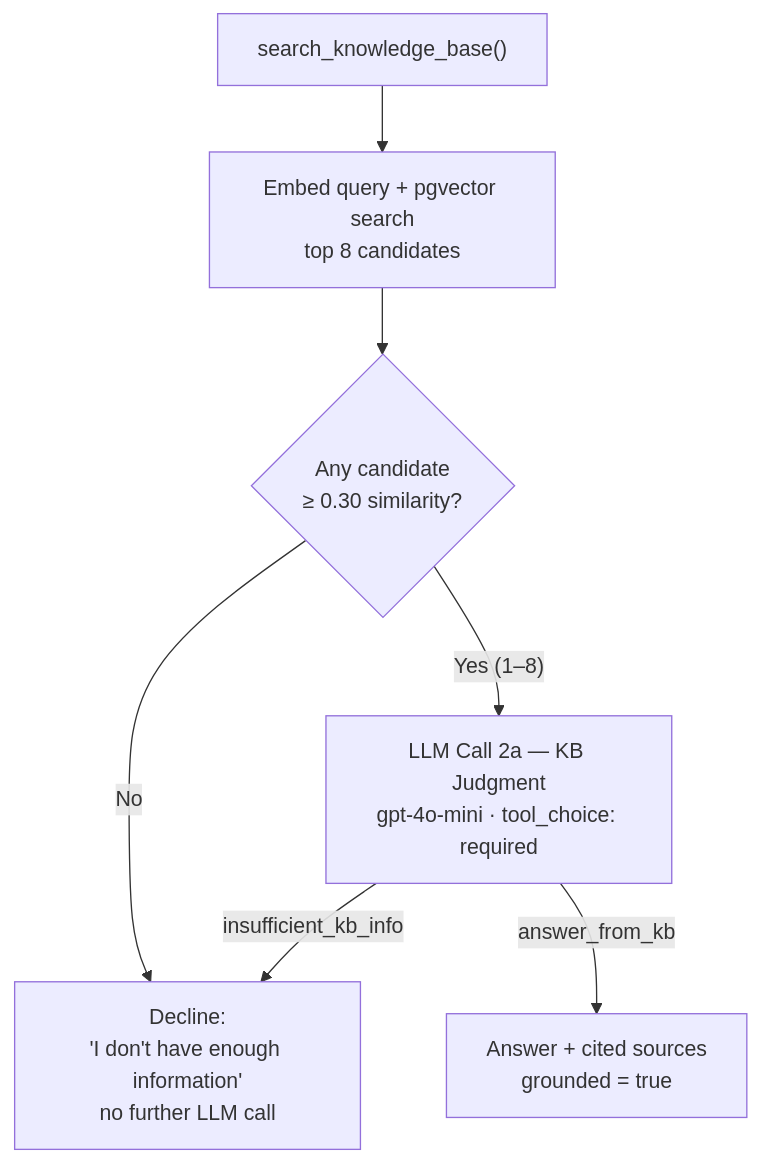
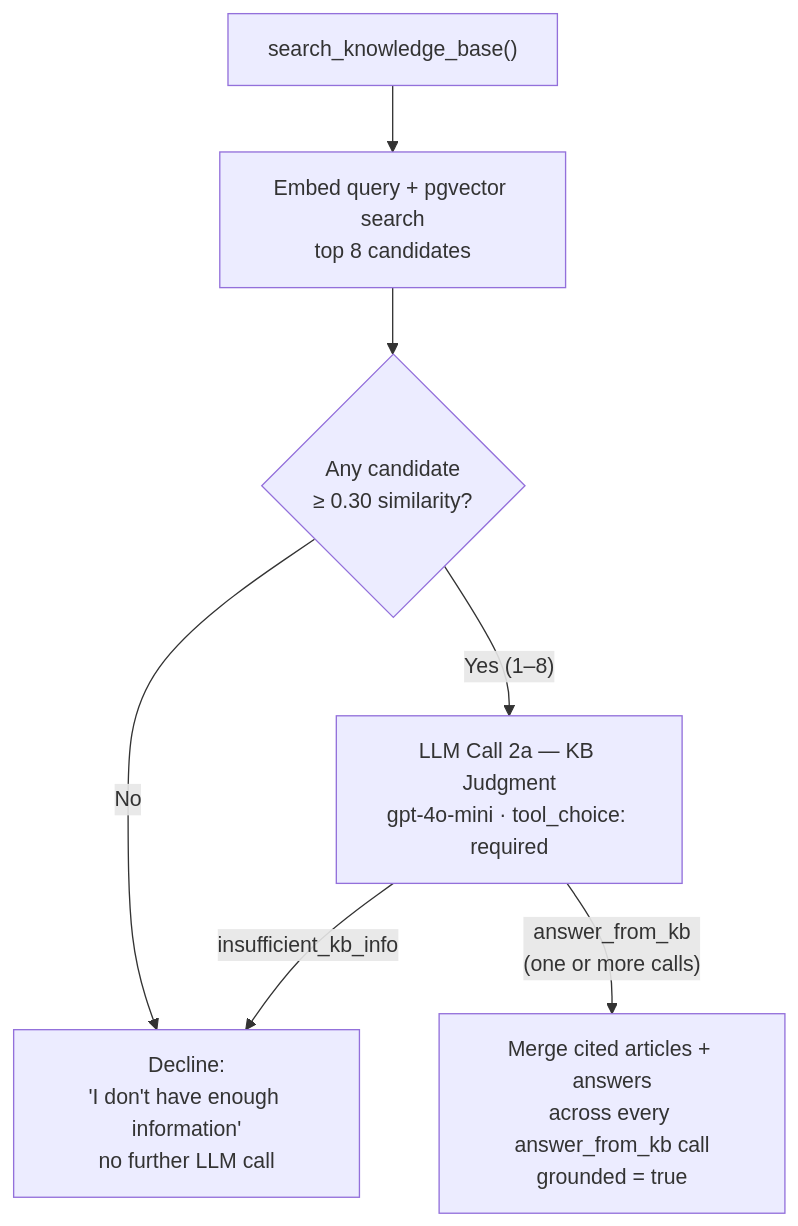
One commit to esakkiraja100116/ai-support-assistant changed the second of 4 diagrams in docs/chat-tool-calling-flow.md. Above: the diagram before and after it, drawn with Mermaid. The commit also changed other lines of this file and 27 other files, not shown here.

````diff
--- a/docs/chat-tool-calling-flow.md
+++ b/docs/chat-tool-calling-flow.md
@@ -36,9 +43,9 @@
 ```mermaid
 flowchart TD
     A["search_knowledge_base()"] --> B["Embed query + pgvector search<br/>top 8 candidates"]
     B --> C{"Any candidate<br/>≥ 0.30 similarity?"}
     C -->|No| D["Decline:<br/>'I don't have enough information'<br/>no further LLM call"]
     C -->|"Yes (1–8)"| E["LLM Call 2a — KB Judgment<br/>gpt-4o-mini · tool_choice: required"]
-    E -->|answer_from_kb| F["Answer + cited sources<br/>grounded = true"]
+    E -->|"answer_from_kb<br/>(one or more calls)"| F["Merge cited articles + answers<br/>across every answer_from_kb call<br/>grounded = true"]
     E -->|insufficient_kb_info| D
 ```
````
